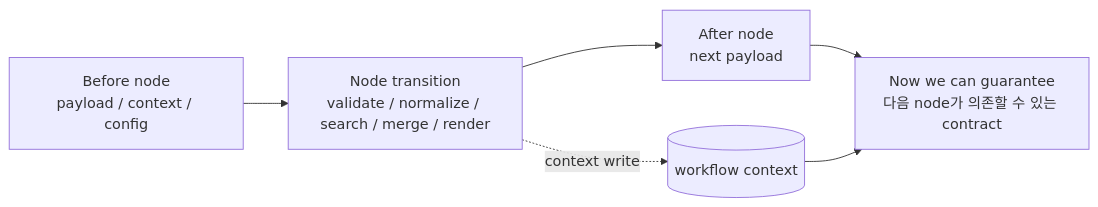
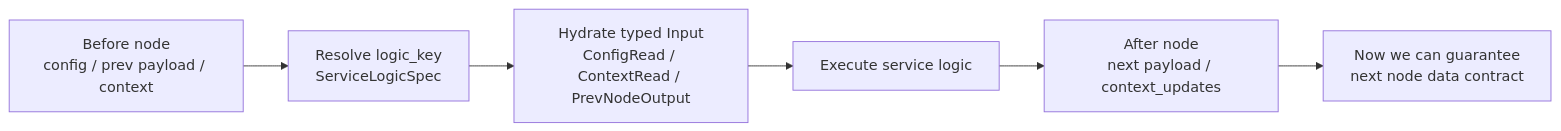
One commit to djoo-lgcns/dotfiles changed the first of 8 diagrams in README.md. Above: the diagram before and after it, drawn with Mermaid. The commit also changed other lines of this file, not shown here.

````diff
--- a/README.md
+++ b/README.md
@@ -35,8 +16,8 @@
 ```mermaid
 flowchart LR
-  A["Before node<br/>payload / context / config"] --> B["Node transition<br/>validate / normalize / search / merge / render"]
-  B --> C["After node<br/>next payload"]
-  B -. context write .-> D[("workflow context")]
-  C --> G["Now we can guarantee<br/>다음 node가 의존할 수 있는 contract"]
-  D --> G
+  B["Before node<br/>config / prev payload / context"] --> R["Resolve logic_key<br/>ServiceLogicSpec"]
+  R --> H["Hydrate typed Input<br/>ConfigRead / ContextRead / PrevNodeOutput"]
+  H --> E["Execute service logic"]
+  E --> A["After node<br/>next payload / context_updates"]
+  A --> G["Now we can guarantee<br/>next node data contract"]
 ```
````
